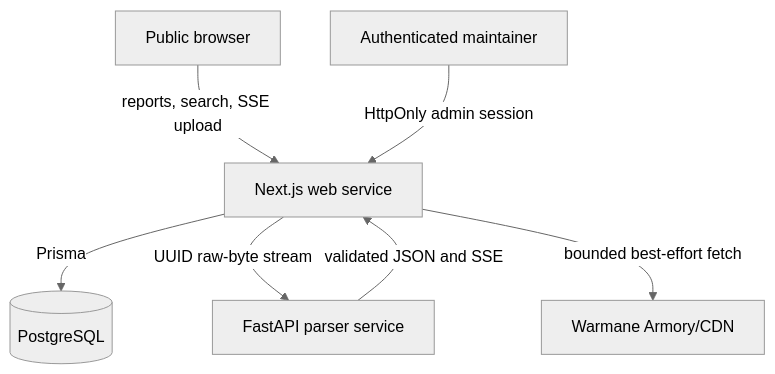
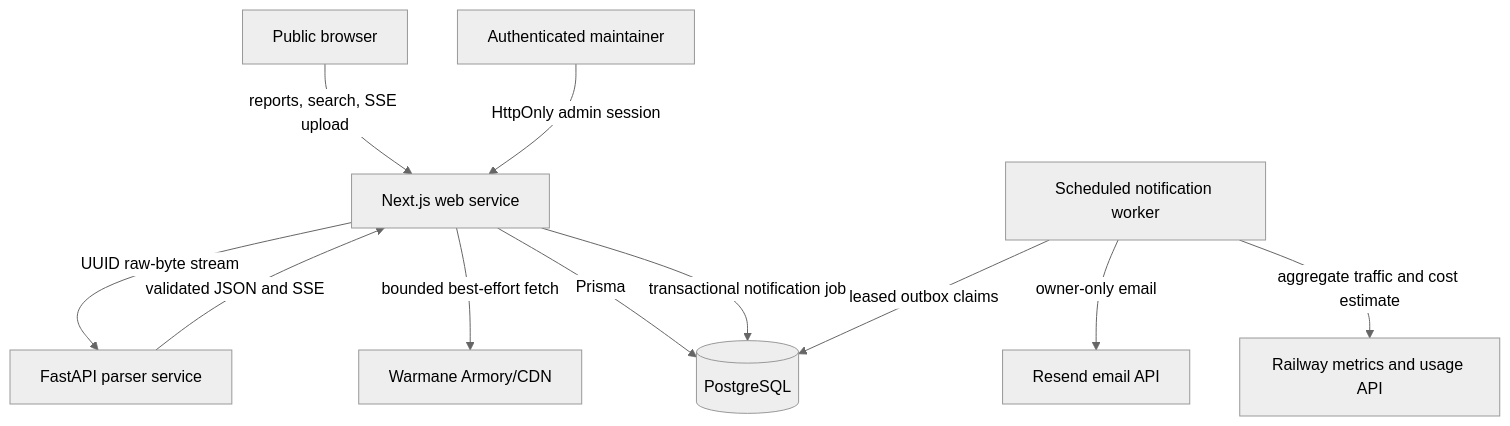
One commit to CRSD-Lau/Pizza-Logs changed the diagram in docs/architecture/overview.md. Above: the diagram before and after it, drawn with Mermaid (neutral theme). The commit also changed other lines of this file and 16 other files, not shown here.

First line of the commit message:
Add daily traffic and upload cost emails (#111)

````diff
--- a/docs/architecture/overview.md
+++ b/docs/architecture/overview.md
@@ -7,16 +7,23 @@
 ```mermaid
 flowchart TB
   User["Public browser"]
   Admin["Authenticated maintainer"]
   Web["Next.js web service"]
   Parser["FastAPI parser service"]
   DB[("PostgreSQL")]
   Armory["Warmane Armory/CDN"]
+  Worker["Scheduled notification worker"]
+  Railway["Railway metrics and usage API"]
+  Email["Resend email API"]
 
   User -->|"reports, search, SSE upload"| Web
   Admin -->|"HttpOnly admin session"| Web
   Web -->|"Prisma"| DB
   Web -->|"UUID raw-byte stream"| Parser
   Parser -->|"validated JSON and SSE"| Web
   Web -->|"bounded best-effort fetch"| Armory
+  Web -->|"transactional notification job"| DB
+  Worker -->|"leased outbox claims"| DB
+  Worker -->|"aggregate traffic and cost estimate"| Railway
+  Worker -->|"owner-only email"| Email
 ```
````
